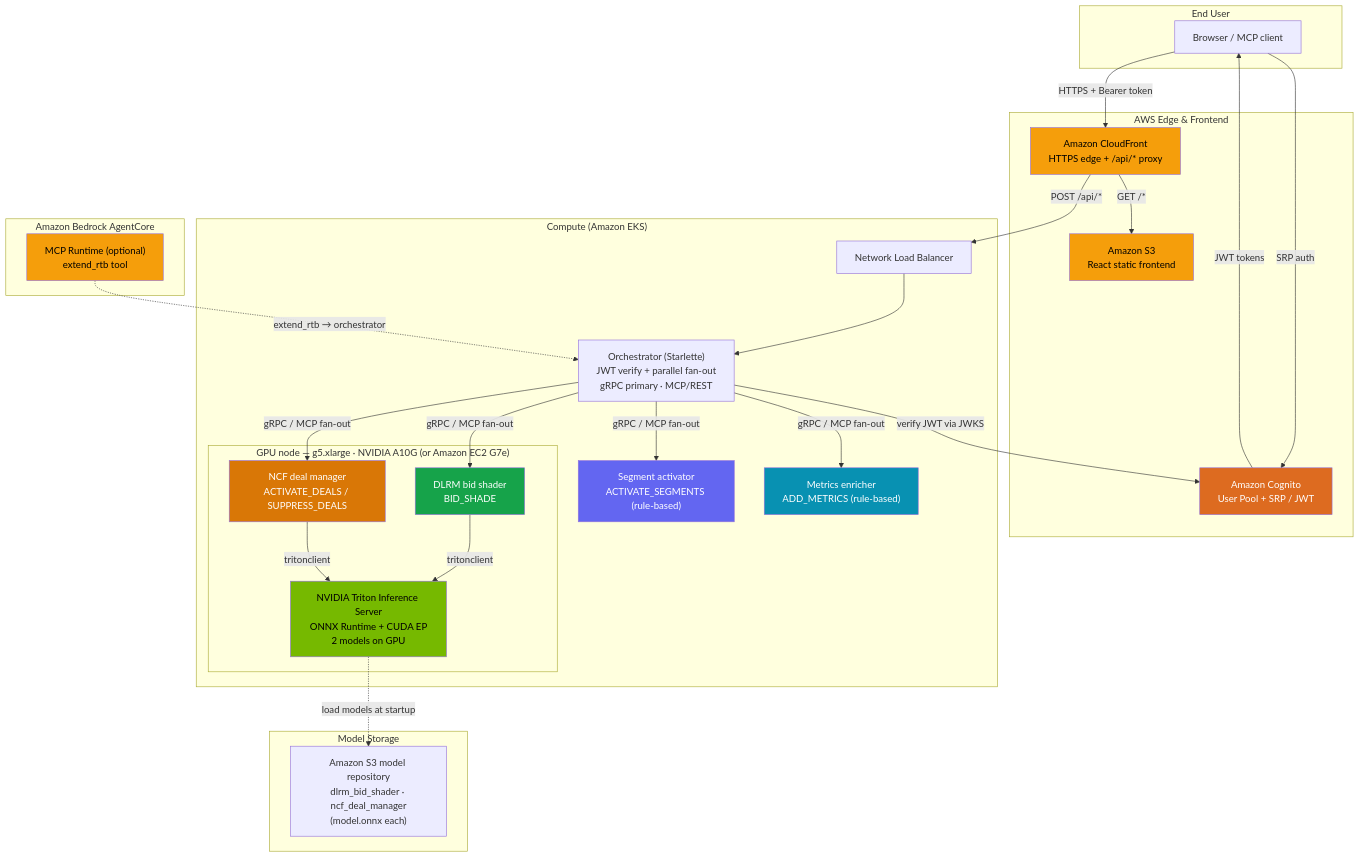
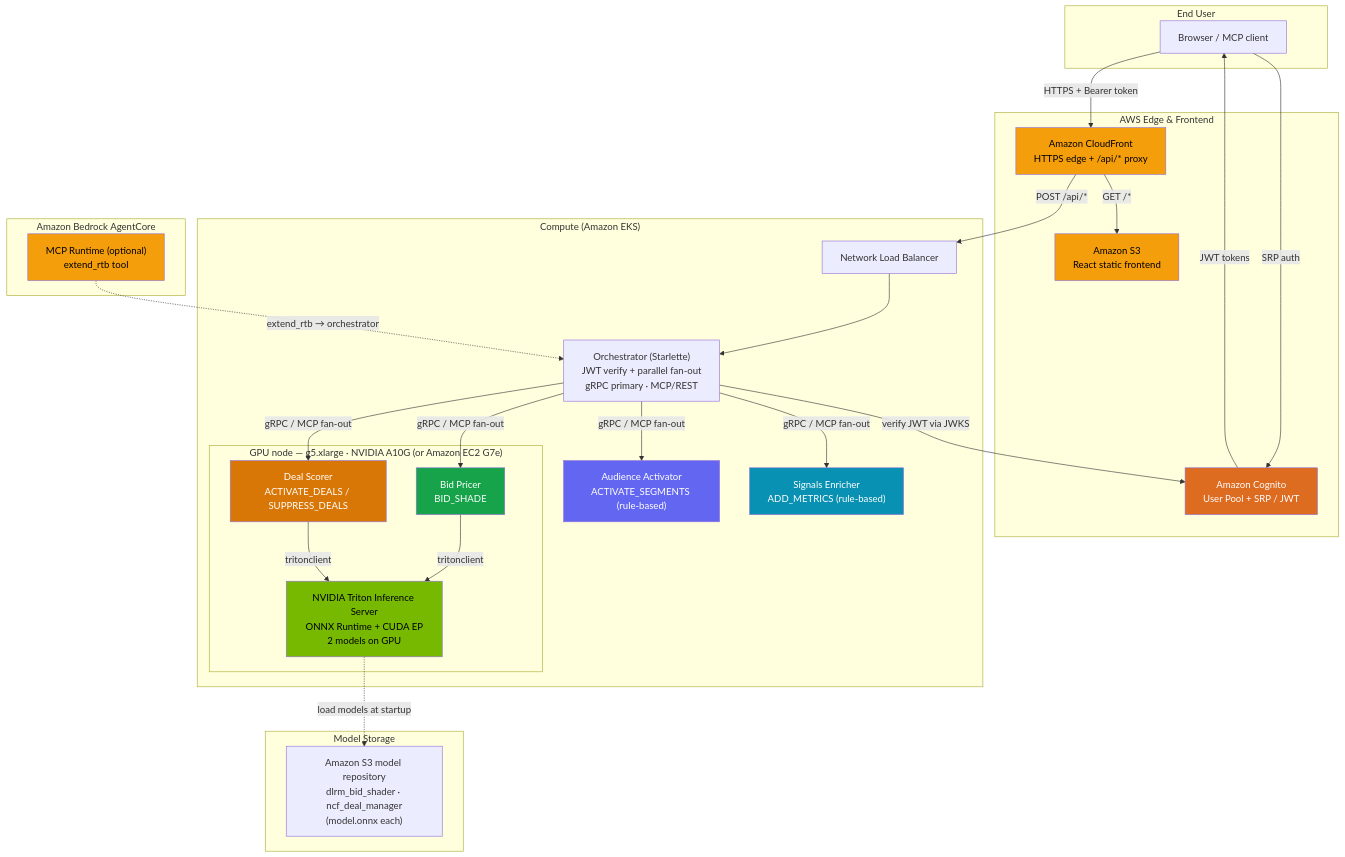
The diagram in assets/images/architecture.md (aws-solutions-library-samples/guidance-for-accelerator-optimized-agentic-bidding-on-aws), drawn with Mermaid before and after one commit. The commit also changed other lines of this file and 11 other files, not shown here.

````diff
--- a/assets/images/architecture.md
+++ b/assets/images/architecture.md
@@ -62,60 +61,60 @@
 ```mermaid
 graph TB
     subgraph User["End User"]
         Browser["Browser / MCP client"]
     end
 
     subgraph Edge["AWS Edge & Frontend"]
         CF["Amazon CloudFront<br/>HTTPS edge + /api/* proxy"]
         S3F["Amazon S3<br/>React static frontend"]
         COG["Amazon Cognito<br/>User Pool + SRP / JWT"]
     end
 
     subgraph EKS["Compute (Amazon EKS)"]
         NLB["Network Load Balancer"]
         ORCH["Orchestrator (Starlette)<br/>JWT verify + parallel fan-out<br/>gRPC primary · MCP/REST"]
 
         subgraph GPU["GPU node — g5.xlarge · NVIDIA A10G (or Amazon EC2 G7e)"]
             TRITON["NVIDIA Triton Inference Server<br/>ONNX Runtime + CUDA EP<br/>2 models on GPU"]
-            DLRM_C["DLRM bid shader<br/>BID_SHADE"]
-            NCF_C["NCF deal manager<br/>ACTIVATE_DEALS / SUPPRESS_DEALS"]
+            DLRM_C["Bid Pricer<br/>BID_SHADE"]
+            NCF_C["Deal Scorer<br/>ACTIVATE_DEALS / SUPPRESS_DEALS"]
         end
 
-        WD_C["Segment activator<br/>ACTIVATE_SEGMENTS (rule-based)"]
-        MET_C["Metrics enricher<br/>ADD_METRICS (rule-based)"]
+        WD_C["Audience Activator<br/>ACTIVATE_SEGMENTS (rule-based)"]
+        MET_C["Signals Enricher<br/>ADD_METRICS (rule-based)"]
     end
 
     subgraph Models["Model Storage"]
         S3M["Amazon S3 model repository<br/>dlrm_bid_shader · ncf_deal_manager<br/>(model.onnx each)"]
     end
 
     subgraph Bedrock["Amazon Bedrock AgentCore"]
         AC["MCP Runtime (optional)<br/>extend_rtb tool"]
     end
 
     Browser -->|"SRP auth"| COG
     COG -->|"JWT tokens"| Browser
     Browser -->|"HTTPS + Bearer token"| CF
     CF -->|"GET /*"| S3F
     CF -->|"POST /api/*"| NLB
     NLB --> ORCH
     ORCH -->|"verify JWT via JWKS"| COG
     ORCH -->|"gRPC / MCP fan-out"| DLRM_C
     ORCH -->|"gRPC / MCP fan-out"| WD_C
     ORCH -->|"gRPC / MCP fan-out"| NCF_C
     ORCH -->|"gRPC / MCP fan-out"| MET_C
     DLRM_C -->|"tritonclient"| TRITON
     NCF_C -->|"tritonclient"| TRITON
     TRITON -.->|"load models at startup"| S3M
     AC -.->|"extend_rtb → orchestrator"| ORCH
 
     style TRITON fill:#76b900,color:#000
     style DLRM_C fill:#16a34a,color:#fff
     style WD_C fill:#6366f1,color:#fff
     style NCF_C fill:#d97706,color:#fff
     style MET_C fill:#0891b2,color:#fff
     style CF fill:#f59e0b,color:#000
     style S3F fill:#f59e0b,color:#000
     style COG fill:#dd6b20,color:#fff
     style AC fill:#f59e0b,color:#000
 ```
````
